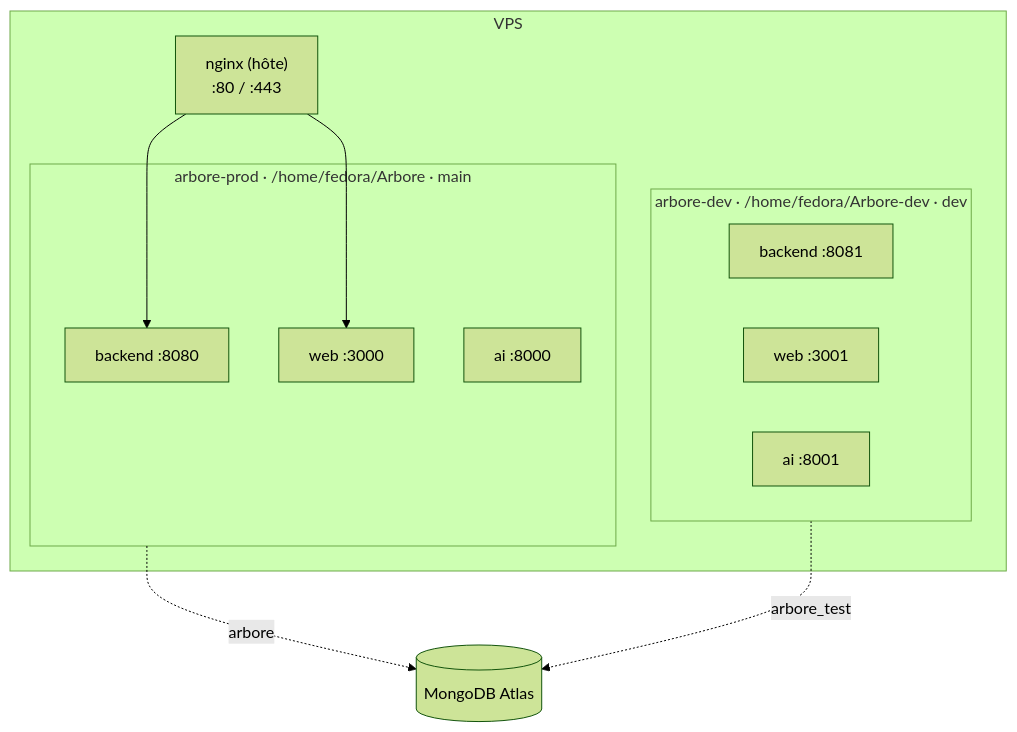
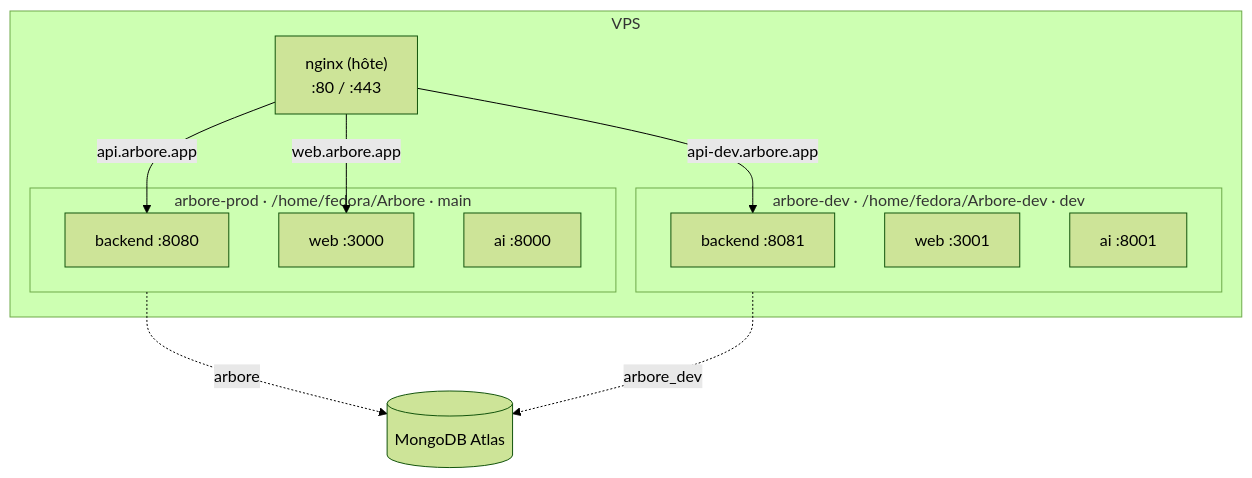
Before and after one commit to ArboreTeam/Arbore: the fourth of 5 diagrams in docs/fr/architecture/05-infrastructure.md, drawn with Mermaid (forest theme). The commit also changed other lines of this file and 5 other files, not shown here.

First line of the commit message:
docs: expliquer comment viser l'environnement de dev depuis l'app iOS

````diff
--- a/docs/fr/architecture/05-infrastructure.md
+++ b/docs/fr/architecture/05-infrastructure.md
@@ -159,20 +159,21 @@
 ```mermaid
 flowchart TB
     subgraph host["VPS"]
         subgraph prod["arbore-prod · /home/fedora/Arbore · main"]
             p1["backend :8080"]
             p2["web :3000"]
             p3["ai :8000"]
         end
         subgraph devenv["arbore-dev · /home/fedora/Arbore-dev · dev"]
             d1["backend :8081"]
             d2["web :3001"]
             d3["ai :8001"]
         end
         nginx["nginx (hôte)<br/>:80 / :443"]
     end
-    nginx --> p1
-    nginx --> p2
+    nginx -->|api.arbore.app| p1
+    nginx -->|web.arbore.app| p2
+    nginx -->|api-dev.arbore.app| d1
     prod -.->|arbore| mongo[("MongoDB Atlas")]
-    devenv -.->|arbore_test| mongo
+    devenv -.->|arbore_dev| mongo
 ```
````
